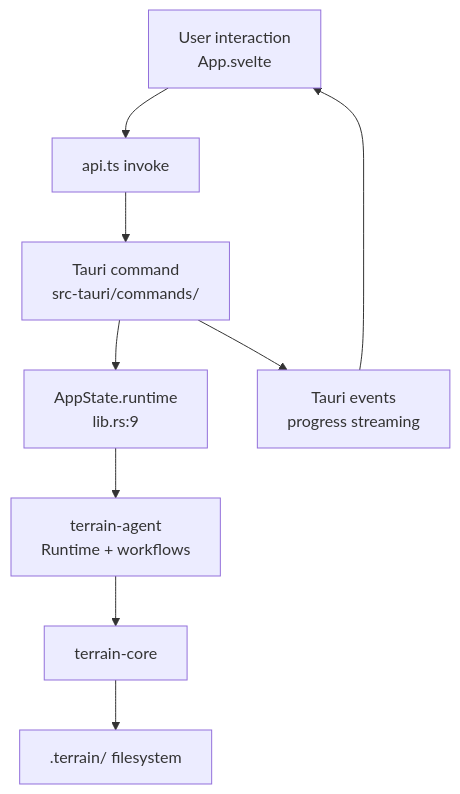
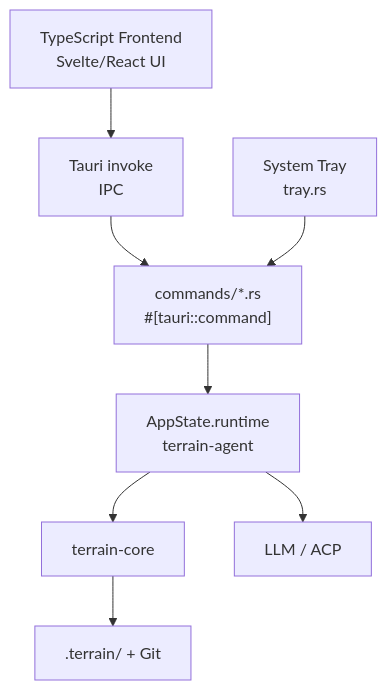
Before and after one commit to sopaco/terrain: the diagram in .terrain/human/4.Deep-Exploration/desktop-app.md, drawn with Mermaid. The commit also changed other lines of this file and 12 other files, not shown here.

````diff
--- a/.terrain/human/4.Deep-Exploration/desktop-app.md
+++ b/.terrain/human/4.Deep-Exploration/desktop-app.md
@@ -67,11 +46,10 @@
 ```mermaid
 flowchart TD
-    A["User interaction<br/>App.svelte"] --> B["api.ts invoke"]
-    B --> C["Tauri command<br/>src-tauri/commands/"]
-    C --> D["AppState.runtime<br/>lib.rs:9"]
-    D --> E["terrain-agent<br/>Runtime + workflows"]
-    E --> F["terrain-core"]
-    C --> G["Tauri events<br/>progress streaming"]
-    G --> A
-    F --> H[".terrain/ filesystem"]
+    A["TypeScript Frontend<br/>Svelte/React UI"] --> B["Tauri invoke<br/>IPC"]
+    B --> C["commands/*.rs<br/>#[tauri::command]"]
+    C --> D["AppState.runtime<br/>terrain-agent"]
+    D --> E["terrain-core"]
+    E --> F[".terrain/ + Git"]
+    D --> G["LLM / ACP"]
+    H["System Tray<br/>tray.rs"] --> C
 ```
````
